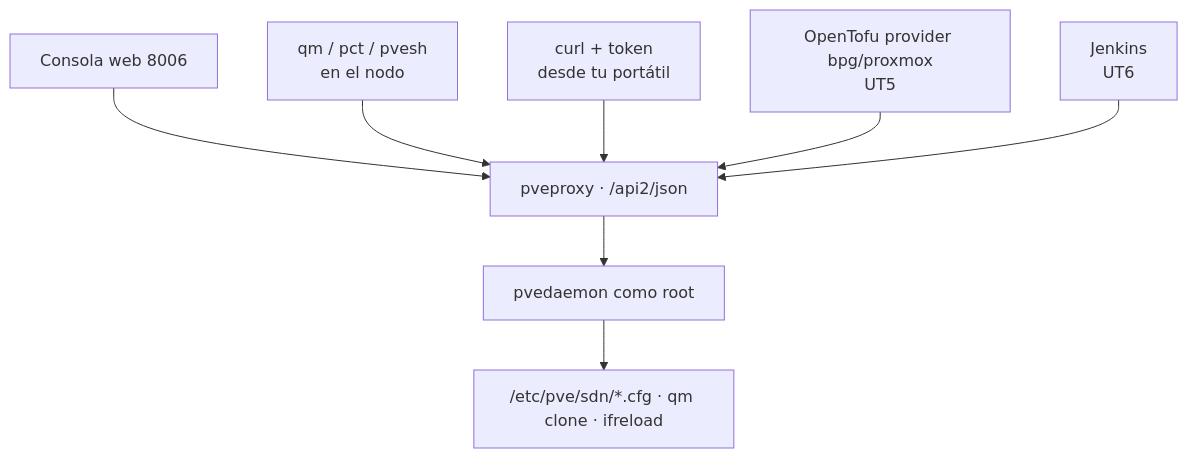
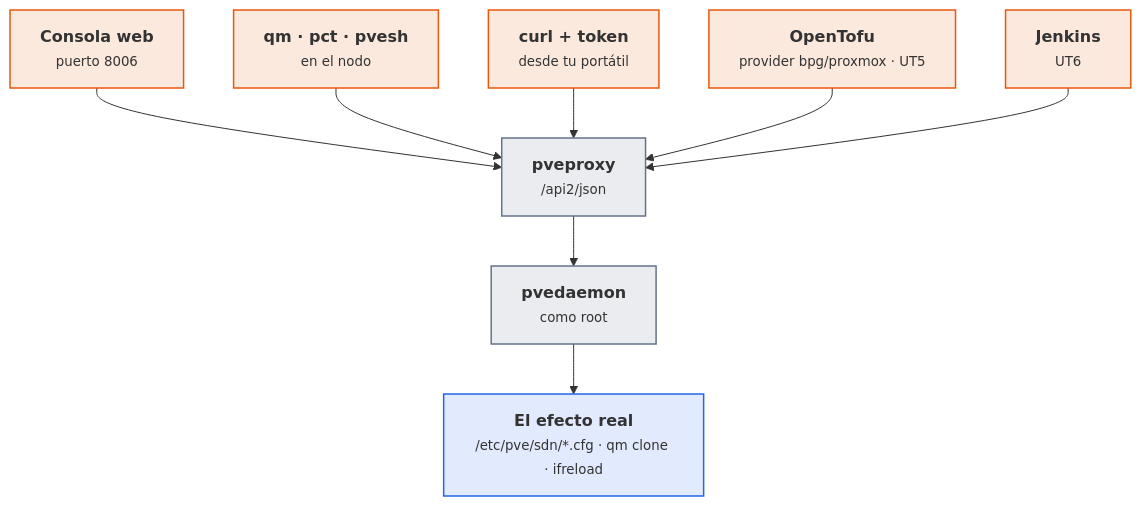
Before and after one commit to victor-educ/apuntes-5166: the ninth of 9 diagrams in docs/ut/ut2-vpc.md, drawn with Mermaid. The commit also changed other lines of this file and 12 other files, not shown here.

First line of the commit message:
Temporalización definitiva, gramática visual y diagramas en todas las unidades

````diff
--- a/docs/ut/ut2-vpc.md
+++ b/docs/ut/ut2-vpc.md
@@ -900,10 +1088,23 @@
 ```mermaid
 flowchart TD
-    W[Consola web 8006] --> API
-    Q[qm / pct / pvesh<br/>en el nodo] --> API
-    C[curl + token<br/>desde tu portátil] --> API
-    T[OpenTofu provider bpg/proxmox<br/>UT5] --> API
-    J[Jenkins<br/>UT6] --> API
-    API[pveproxy · /api2/json] --> D[pvedaemon como root]
-    D --> S["/etc/pve/sdn/*.cfg · qm clone · ifreload"]
+    W["<b>Consola web</b><br><small>puerto 8006</small>"]:::act
+    Q["<b>qm · pct · pvesh</b><br><small>en el nodo</small>"]:::act
+    C["<b>curl + token</b><br><small>desde tu portátil</small>"]:::act
+    T["<b>OpenTofu</b><br><small>provider bpg/proxmox · UT5</small>"]:::act
+    J["<b>Jenkins</b><br><small>UT6</small>"]:::act
+    API["<b>pveproxy</b><br><small>/api2/json</small>"]:::pieza
+    D["<b>pvedaemon</b><br><small>como root</small>"]:::pieza
+    S["<b>El efecto real</b><br><small>/etc/pve/sdn/*.cfg · qm clone · ifreload</small>"]:::dato
+    W --> API
+    Q --> API
+    C --> API
+    T --> API
+    J --> API
+    API --> D --> S
+    classDef act fill:#ea580c22,stroke:#ea580c,stroke-width:1.5px
+    classDef pieza fill:#64748b22,stroke:#64748b,stroke-width:1.5px
+    classDef dato fill:#2563eb22,stroke:#2563eb,stroke-width:1.5px
+    classDef infra fill:#a1a1aa14,stroke:#a1a1aa,stroke-width:1.5px
+    classDef ok fill:#16a34a22,stroke:#16a34a,stroke-width:1.5px
+    classDef riesgo fill:#dc262622,stroke:#dc2626,stroke-width:1.5px
 ```
````
